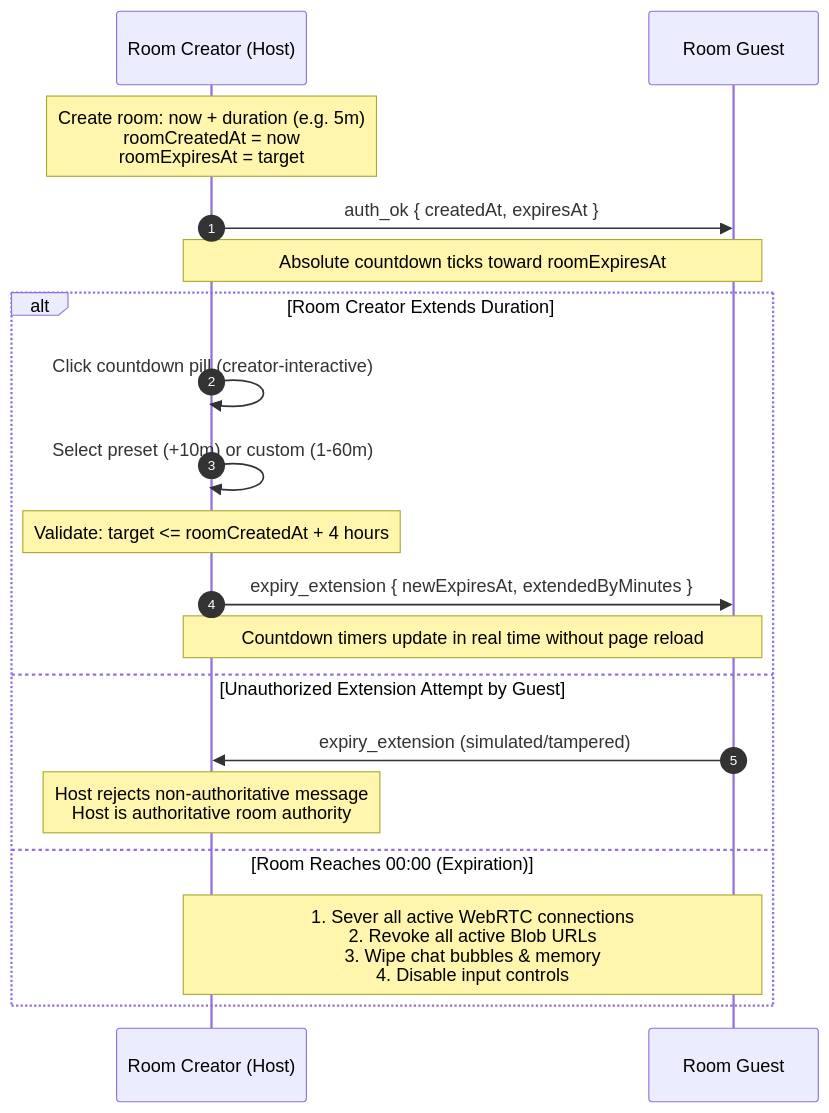
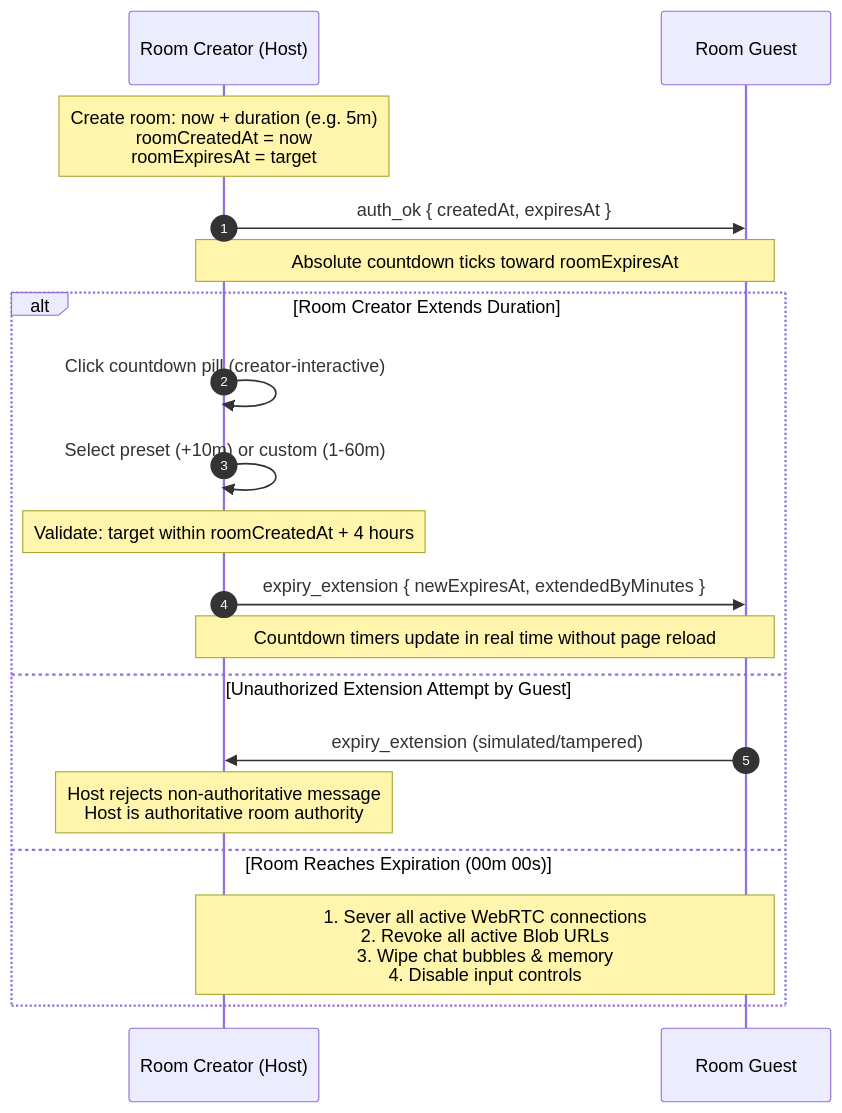
The second of 2 diagrams in docs/ARCHITECTURE.md (skandachandrashekar335-wq/anomoly-chat), drawn with Mermaid before and after one commit. The commit also changed other lines of this file and 1 other file, not shown here.

Commit message:
fix(docs): resolve Mermaid diagram syntax errors for GitHub rendering

````diff
--- a/docs/ARCHITECTURE.md
+++ b/docs/ARCHITECTURE.md
@@ -109,23 +109,23 @@
 ```mermaid
 sequenceDiagram
     autonumber
     participant Host as Room Creator (Host)
     participant Guest as Room Guest
 
     Note over Host: Create room: now + duration (e.g. 5m)<br/>roomCreatedAt = now<br/>roomExpiresAt = target
     Host->>Guest: auth_ok { createdAt, expiresAt }
     Note over Host,Guest: Absolute countdown ticks toward roomExpiresAt
 
     alt Room Creator Extends Duration
         Host->>Host: Click countdown pill (creator-interactive)
         Host->>Host: Select preset (+10m) or custom (1-60m)
-        Note over Host: Validate: target <= roomCreatedAt + 4 hours
+        Note over Host: Validate: target within roomCreatedAt + 4 hours
         Host->>Guest: expiry_extension { newExpiresAt, extendedByMinutes }
         Note over Host,Guest: Countdown timers update in real time without page reload
     else Unauthorized Extension Attempt by Guest
         Guest->>Host: expiry_extension (simulated/tampered)
         Note over Host: Host rejects non-authoritative message<br/>Host is authoritative room authority
-    else Room Reaches 00:00 (Expiration)
+    else Room Reaches Expiration (00m 00s)
         Note over Host,Guest: 1. Sever all active WebRTC connections<br/>2. Revoke all active Blob URLs<br/>3. Wipe chat bubbles & memory<br/>4. Disable input controls
     end
 ```
````
